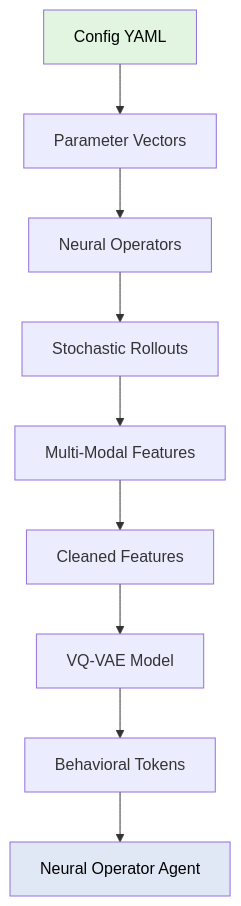
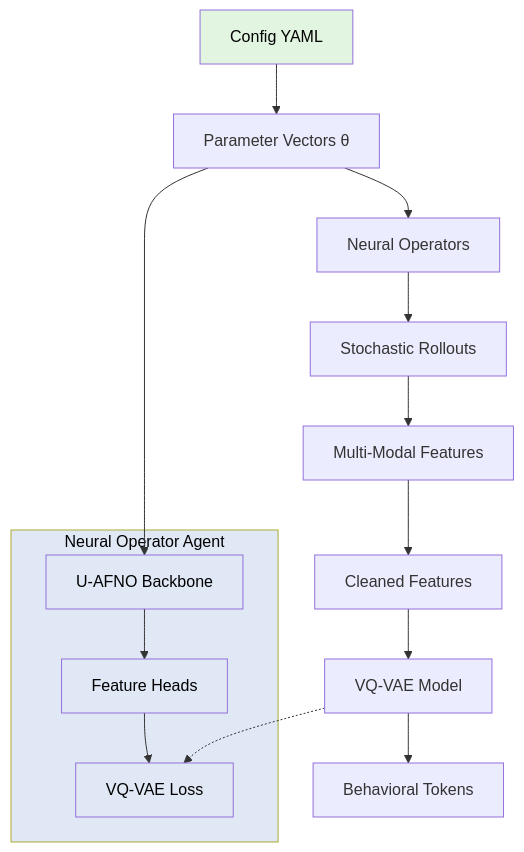
One commit to dgabriele/spinlock changed the second of 2 diagrams in docs/architecture.md. Above: the diagram before and after it, drawn with Mermaid. The commit also changed other lines of this file and 4 other files, not shown here.

````diff
--- a/docs/architecture.md
+++ b/docs/architecture.md
@@ -256,23 +280,36 @@
 ```mermaid
 flowchart TD
     Config[Config YAML]
-    Params[Parameter Vectors]
+    Params[Parameter Vectors θ]
     Operators[Neural Operators]
 
     Rollouts[Stochastic Rollouts]
     Features[Multi-Modal Features]
 
     Cleaned[Cleaned Features]
     VQVAE[VQ-VAE Model]
 
     Tokens[Behavioral Tokens]
-    NOA[Neural Operator Agent]
+
+    subgraph NOA[Neural Operator Agent]
+        UAFNO[U-AFNO Backbone]
+        Heads[Feature Heads]
+        VQLoss[VQ-VAE Loss]
+    end
 
     Config --> Params --> Operators
     Operators --> Rollouts --> Features
     Features --> Cleaned --> VQVAE
-    VQVAE --> Tokens --> NOA
+    VQVAE --> Tokens
+
+    Params --> UAFNO
+    UAFNO --> Heads
+    Heads --> VQLoss
+    VQVAE -.-> VQLoss
 
     style Config fill:#e1f5e1,color:#000
     style NOA fill:#e1e8f5,color:#000
+    style UAFNO fill:#e1e8f5,color:#000
+    style Heads fill:#e1e8f5,color:#000
+    style VQLoss fill:#e1e8f5,color:#000
 ```
````
